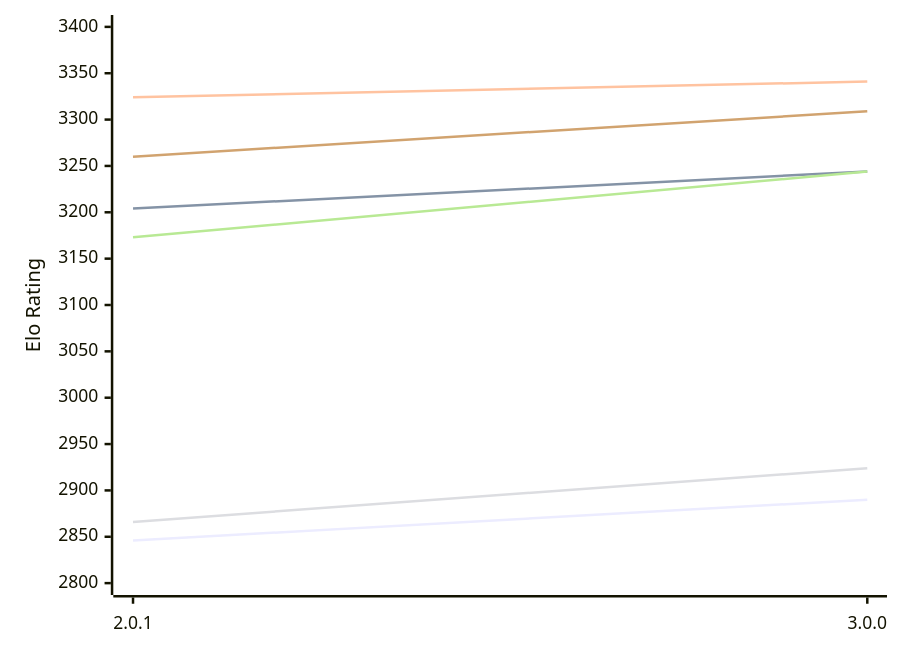
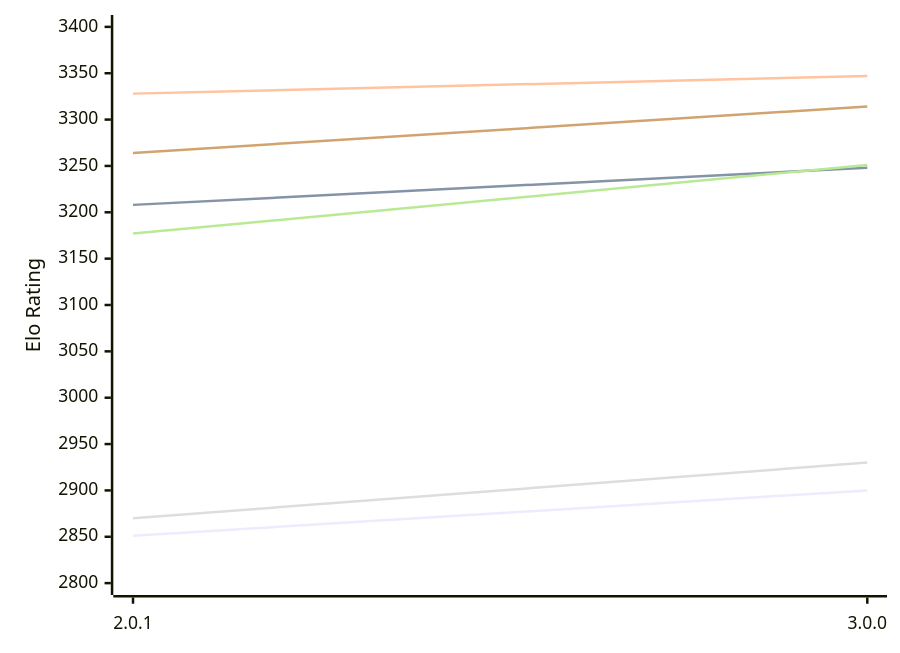
The first of 2 diagrams in engines/Grail.md (computer-chess-index/cci), drawn with Mermaid before and after one commit. The commit also changed other lines of this file, not shown here.

Commit message:
Update CCI Ratings (ELO VLTC) - 2026-11-20

````diff
--- a/engines/Grail.md
+++ b/engines/Grail.md
@@ -56,12 +56,12 @@
 ```mermaid
 %%{init: {"theme":"base","themeVariables":{"seriesColors:['#a3a3a3','#222221','#faa371']}}}%%
 xychart-beta
   x-axis ["2.0.1", "3.0.0"]
   y-axis "Elo Rating" 2800 --> 3400
-  line "E1: STC (8.0+0.08s)" [2846, 2890]
-  line "E1: LTC (60.0+0.60s)" [3204, 3244]
-  line "E1: VLTC (2m24s+1.12s)" [3324, 3341]
-  line "P1: STC (8.0+0.08s)" [2866, 2924]
-  line "P1: LTC (60.0+0.60s)" [3173, 3244]
-  line "P1: VLTC (2m24s+1.12s)" [3260, 3309]
+  line "E1: STC (8.0+0.08s)" [2851, 2900]
+  line "E1: LTC (60.0+0.60s)" [3208, 3248]
+  line "E1: VLTC (2m24s+1.12s)" [3328, 3347]
+  line "P1: STC (8.0+0.08s)" [2870, 2930]
+  line "P1: LTC (60.0+0.60s)" [3177, 3251]
+  line "P1: VLTC (2m24s+1.12s)" [3264, 3314]
 ```
````
